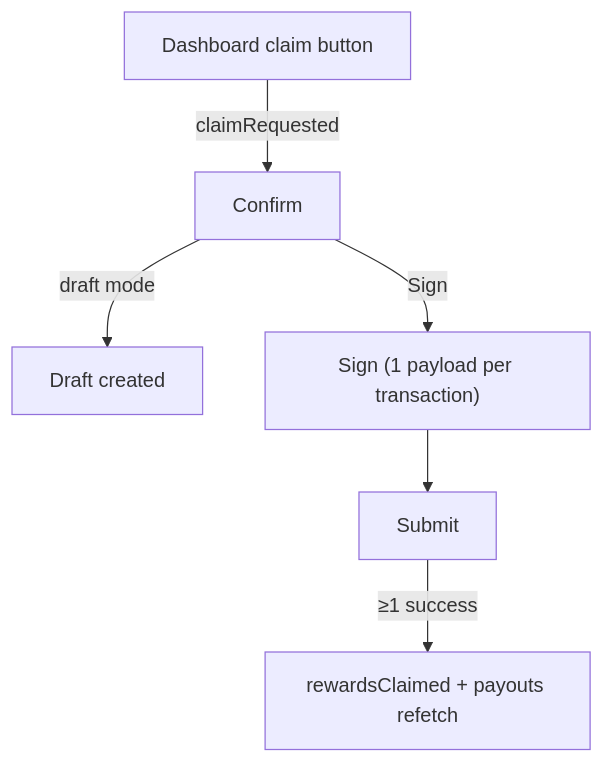
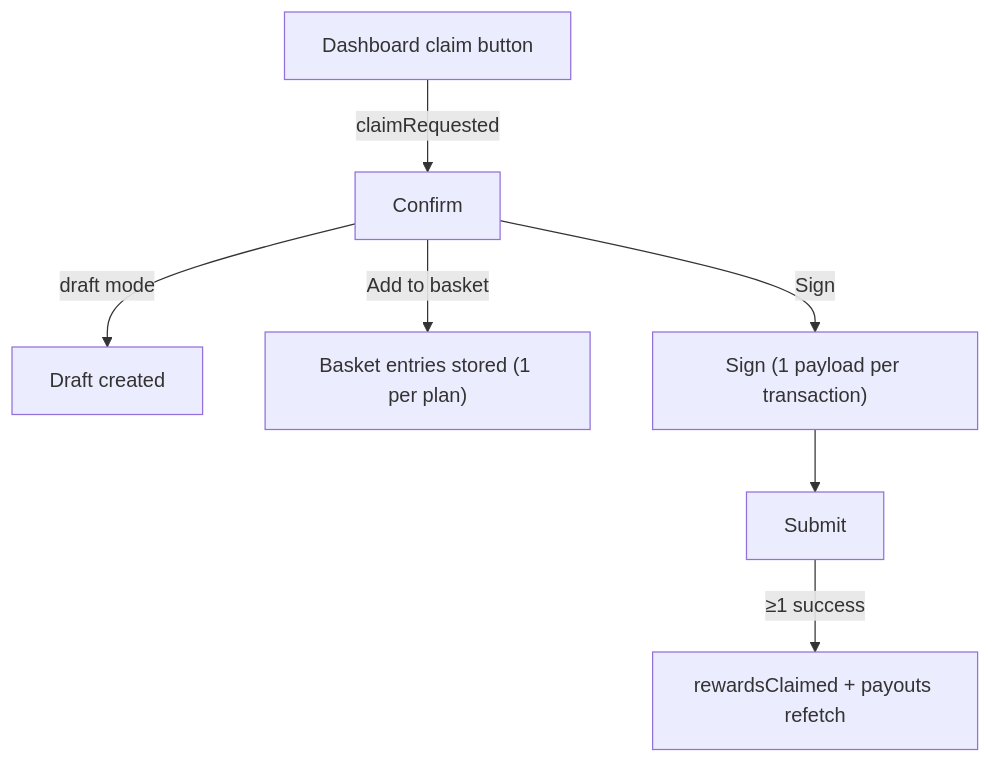
Before and after one commit to novasamatech/nova-spektr: the diagram in src/renderer/features/staking-claim-rewards/README.md, drawn with Mermaid. The commit also changed other lines of this file and 20 other files, not shown here.

Commit message:
feat(staking): basket step in dashboard flows

````diff
--- a/src/renderer/features/staking-claim-rewards/README.md
+++ b/src/renderer/features/staking-claim-rewards/README.md
@@ -145,8 +160,9 @@
 ```mermaid
 flowchart TD
     D["Dashboard claim button"] -->|claimRequested| C["Confirm"]
     C -->|draft mode| DR["Draft created"]
+    C -->|Add to basket| B["Basket entries stored (1 per plan)"]
     C -->|Sign| S["Sign (1 payload per transaction)"]
     S --> SUB["Submit"]
     SUB -->|≥1 success| R["rewardsClaimed + payouts refetch"]
 ```
````
